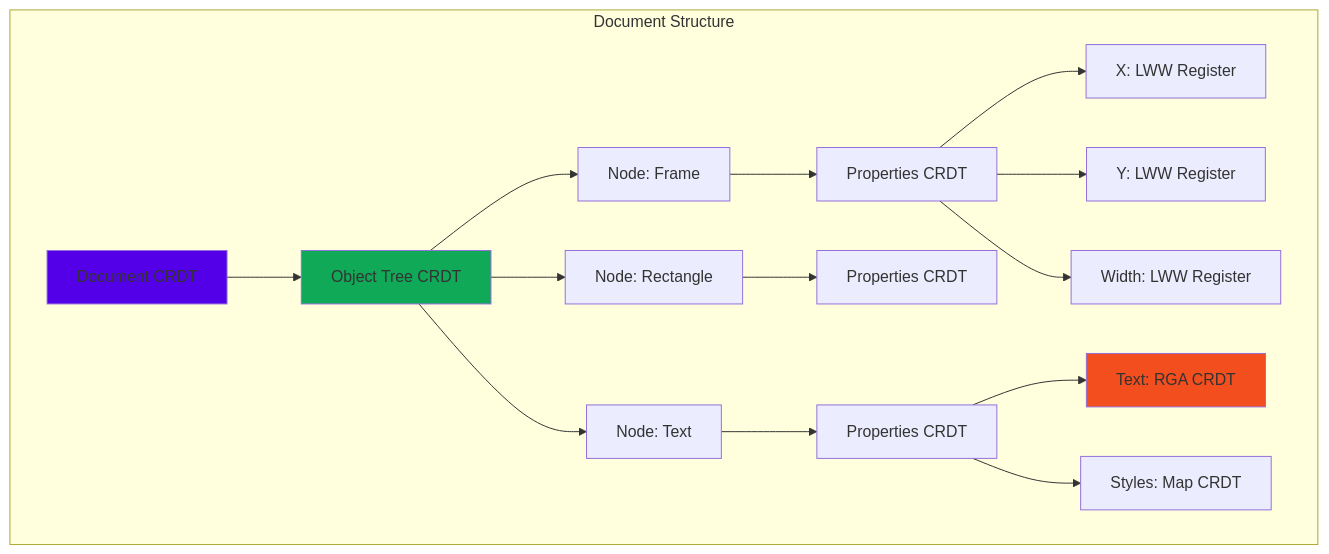
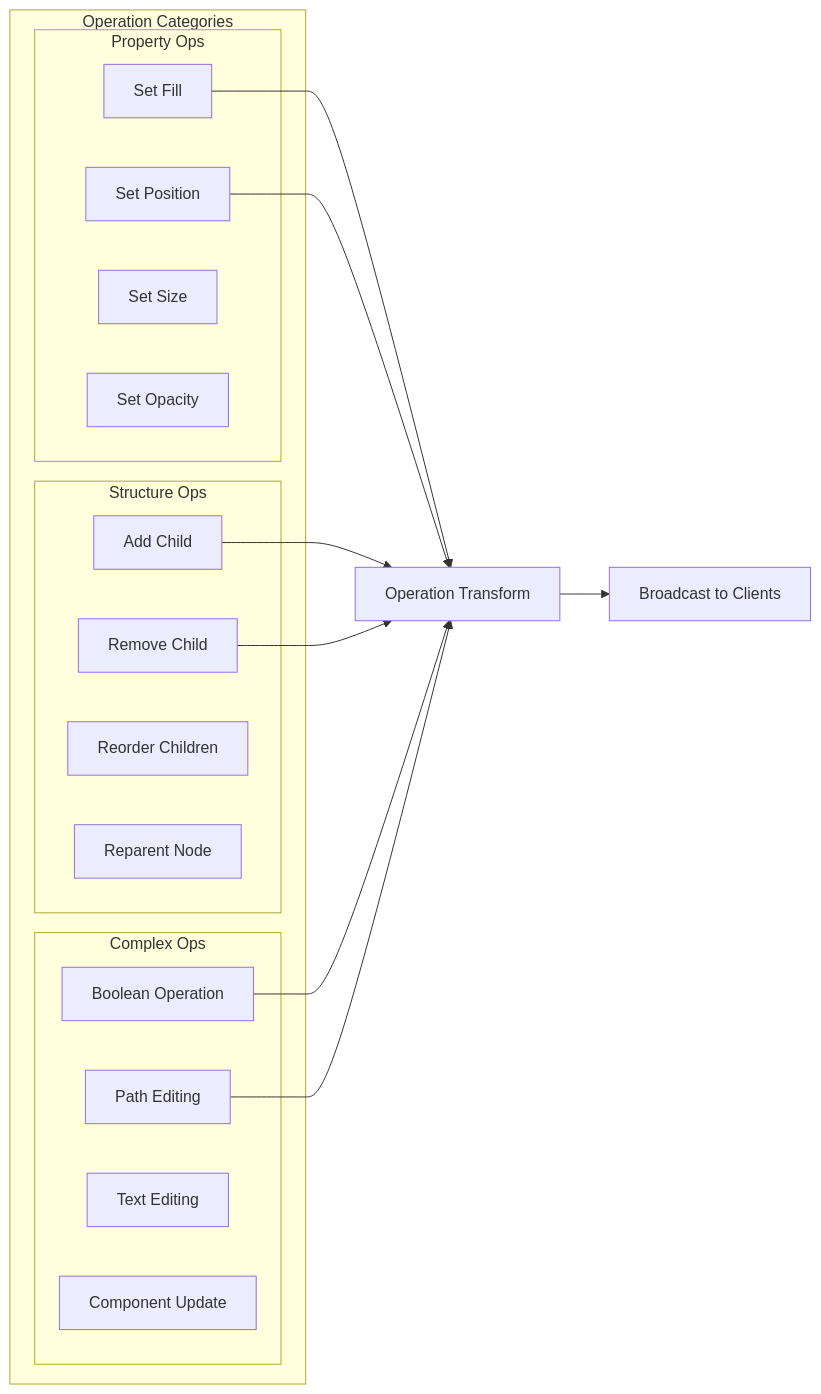
One commit to deepaucksharma/DStudio changed the third of 7 diagrams in docs/case-studies/elite-engineering/figma-crdt-collaboration.md. Above: the diagram before and after it, drawn with Mermaid. The commit also changed other lines of this file and 23 other files, not shown here.

````diff
--- a/docs/case-studies/elite-engineering/figma-crdt-collaboration.md
+++ b/docs/case-studies/elite-engineering/figma-crdt-collaboration.md
@@ -106,26 +199,34 @@
 ```mermaid
-graph TB
-    subgraph "Document Structure"
-        DOC[Document CRDT]
-        DOC --> TREE[Object Tree CRDT]
+graph LR
+    subgraph "Operation Categories"
+        subgraph "Property Ops"
+            PO1[Set Fill]
+            PO2[Set Position]
+            PO3[Set Size]
+            PO4[Set Opacity]
+        end
         
-        TREE --> N1[Node: Frame]
-        TREE --> N2[Node: Rectangle]
-        TREE --> N3[Node: Text]
+        subgraph "Structure Ops"
+            SO1[Add Child]
+            SO2[Remove Child]
+            SO3[Reorder Children]
+            SO4[Reparent Node]
+        end
         
-        N1 --> P1[Properties CRDT]
-        N2 --> P2[Properties CRDT]
-        N3 --> P3[Properties CRDT]
-        
-        P1 --> X1[X: LWW Register]
-        P1 --> Y1[Y: LWW Register]
-        P1 --> W1[Width: LWW Register]
-        
-        P3 --> T1[Text: RGA CRDT]
-        P3 --> S1[Styles: Map CRDT]
+        subgraph "Complex Ops"
+            CO1[Boolean Operation]
+            CO2[Path Editing]
+            CO3[Text Editing]
+            CO4[Component Update]
+        end
     end
     
-    style DOC fill:#5300E8
-    style TREE fill:#0FA958
-    style T1 fill:#F24E1E
+    PO1 --> Transform[Operation Transform]
+    PO2 --> Transform
+    SO1 --> Transform
+    SO2 --> Transform
+    CO1 --> Transform
+    CO2 --> Transform
+    
+    Transform --> Broadcast[Broadcast to Clients]
 ```
````
